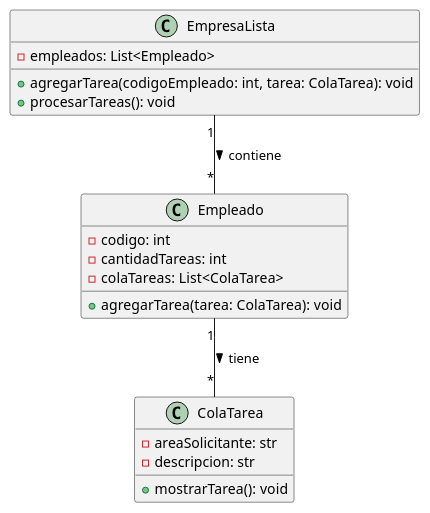
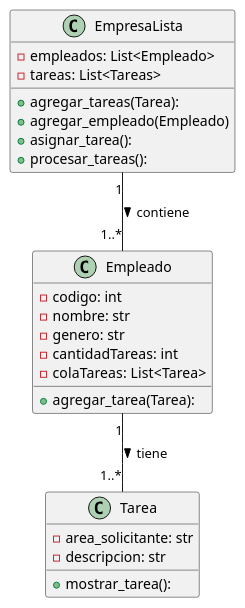
One commit to FreddyUnemi2025/Taller-1 changed the diagram in Ejercicio4/Modelo/modelo.puml. Above: the diagram before and after it, drawn with PlantUML. The commit also changed 3 other files, not shown here.

```diff
--- a/Ejercicio4/Modelo/modelo.puml
+++ b/Ejercicio4/Modelo/modelo.puml
@@ -1,23 +1,29 @@
 @startuml  
 class EmpresaLista {  
     - empleados: List<Empleado>  
-    + agregarTarea(codigoEmpleado: int, tarea: ColaTarea): void  
-    + procesarTareas(): void  
+    - tareas: List<Tareas>
+    + agregar_tareas(Tarea):
+    + agregar_empleado(Empleado)
+    + asignar_tarea():
+    + procesar_tareas():
 }  
 
 class Empleado {  
-    - codigo: int  
+    - codigo: int 
+    - nombre: str
+    - genero: str 
     - cantidadTareas: int  
-    - colaTareas: List<ColaTarea>  
-    + agregarTarea(tarea: ColaTarea): void  
+    - colaTareas: List<Tarea>  
+    + agregar_tarea(Tarea):  
 }  
 
-class ColaTarea {  
-    - areaSolicitante: str  
-    - descripcion: str  
-    + mostrarTarea(): void  
-}  
 
-EmpresaLista "1" -- "*" Empleado : contiene >  
-Empleado "1" -- "*" ColaTarea : tiene >  
+class Tarea {
+    - area_solicitante: str
+    - descripcion: str 
+    + mostrar_tarea():
+}
+
+EmpresaLista "1" -- "1..*" Empleado : contiene >  
+Empleado "1" -- "1..*" Tarea : tiene >  
 @enduml  
```
